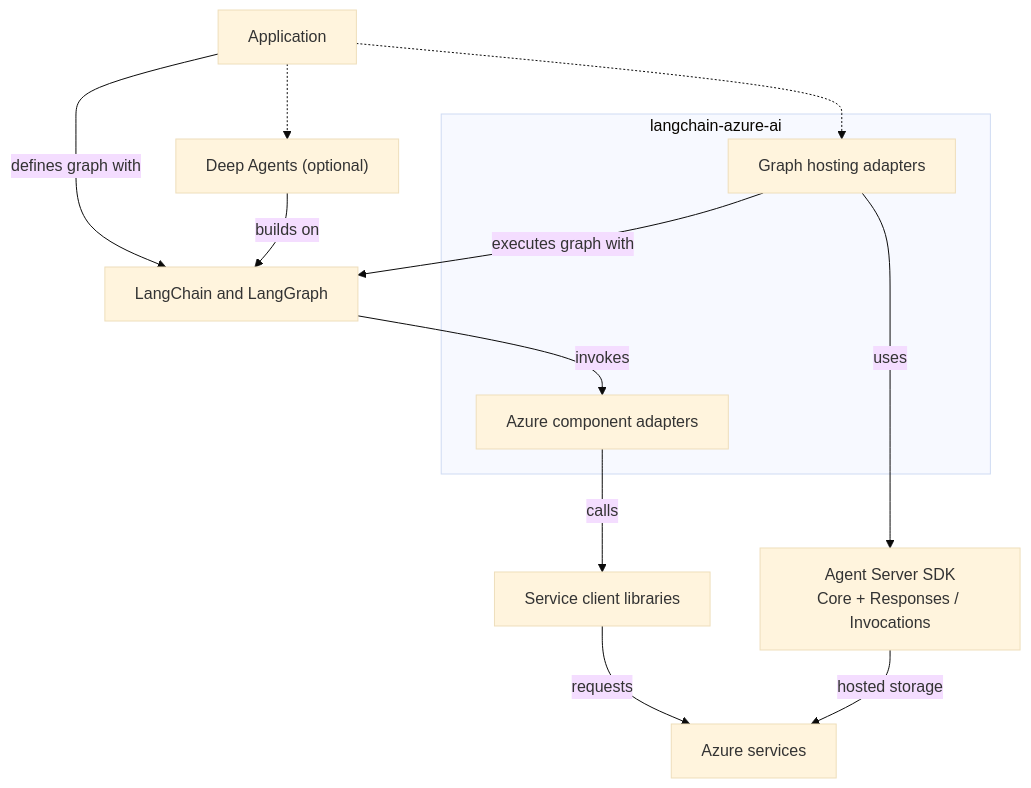
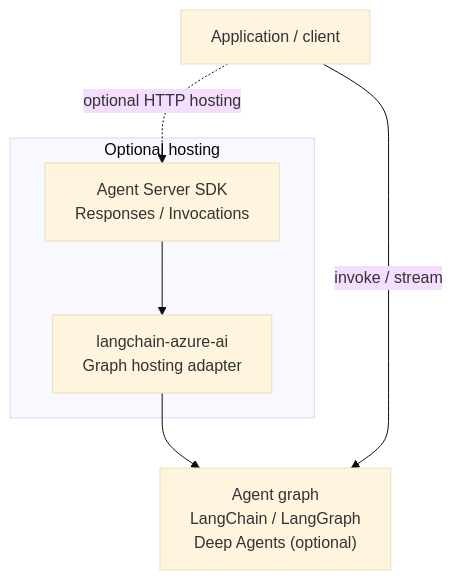
The second of 3 diagrams in libs/azure-ai/docs/architecture.md (herohua/langchain-azure), drawn with Mermaid (base theme) before and after one commit. The commit also changed other lines of this file, not shown here.

Commit message:
docs(azure-ai): organize architecture by usage scenario

````diff
--- a/libs/azure-ai/docs/architecture.md
+++ b/libs/azure-ai/docs/architecture.md
@@ -17,26 +92,13 @@
 ```mermaid
 flowchart TB
-    app["Application"]
-    deep["Deep Agents (optional)"]
-    frameworks["LangChain and LangGraph"]
-
-    subgraph package["langchain-azure-ai"]
-        adapters["Azure component adapters"]
-        hosting["Graph hosting adapters"]
+    caller["Application / client"]
+    subgraph hosting["Optional hosting"]
+        server["Agent Server SDK<br/>Responses / Invocations"]
+        adapter["langchain-azure-ai<br/>Graph hosting adapter"]
+        server --> adapter
     end
-
-    server["Agent Server SDK<br/>Core + Responses / Invocations"]
-    clients["Service client libraries"]
-    services["Azure services"]
-
-    app -->|defines graph with| frameworks
-    app -.-> deep
-    deep -->|builds on| frameworks
-    app -.-> hosting
-    hosting -->|executes graph with| frameworks
-    frameworks -->|invokes| adapters
-    hosting -->|uses| server
-    adapters -->|calls| clients
-    clients -->|requests| services
-    server -->|hosted storage| services
+    workflow["Agent graph<br/>LangChain / LangGraph<br/>Deep Agents (optional)"]
+    adapter --> workflow
+    caller -->|invoke / stream| workflow
+    caller -.->|optional HTTP hosting| server
 ```
````
